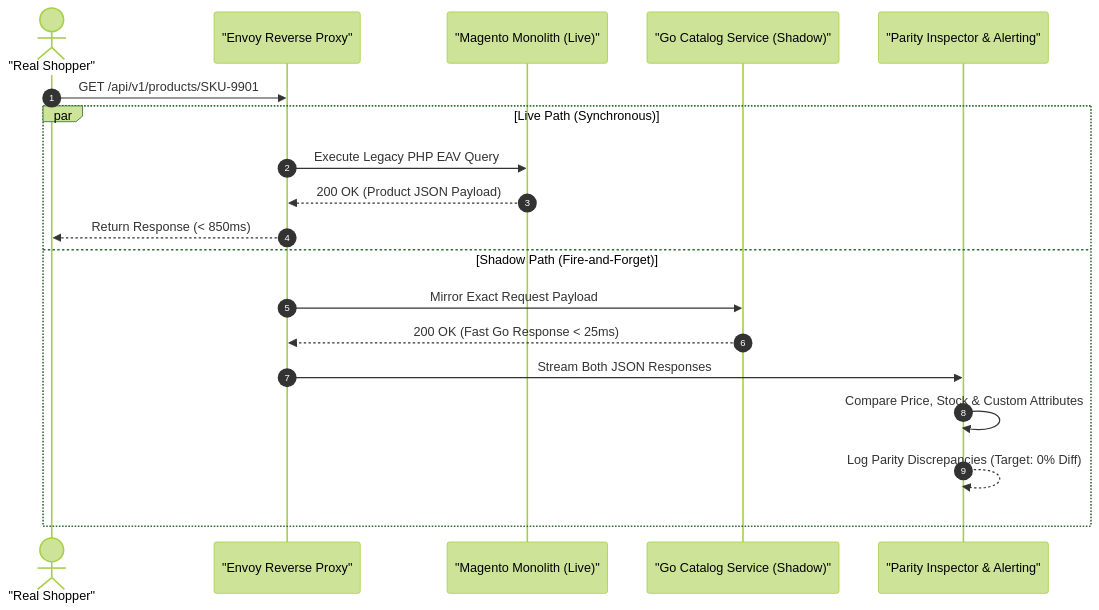
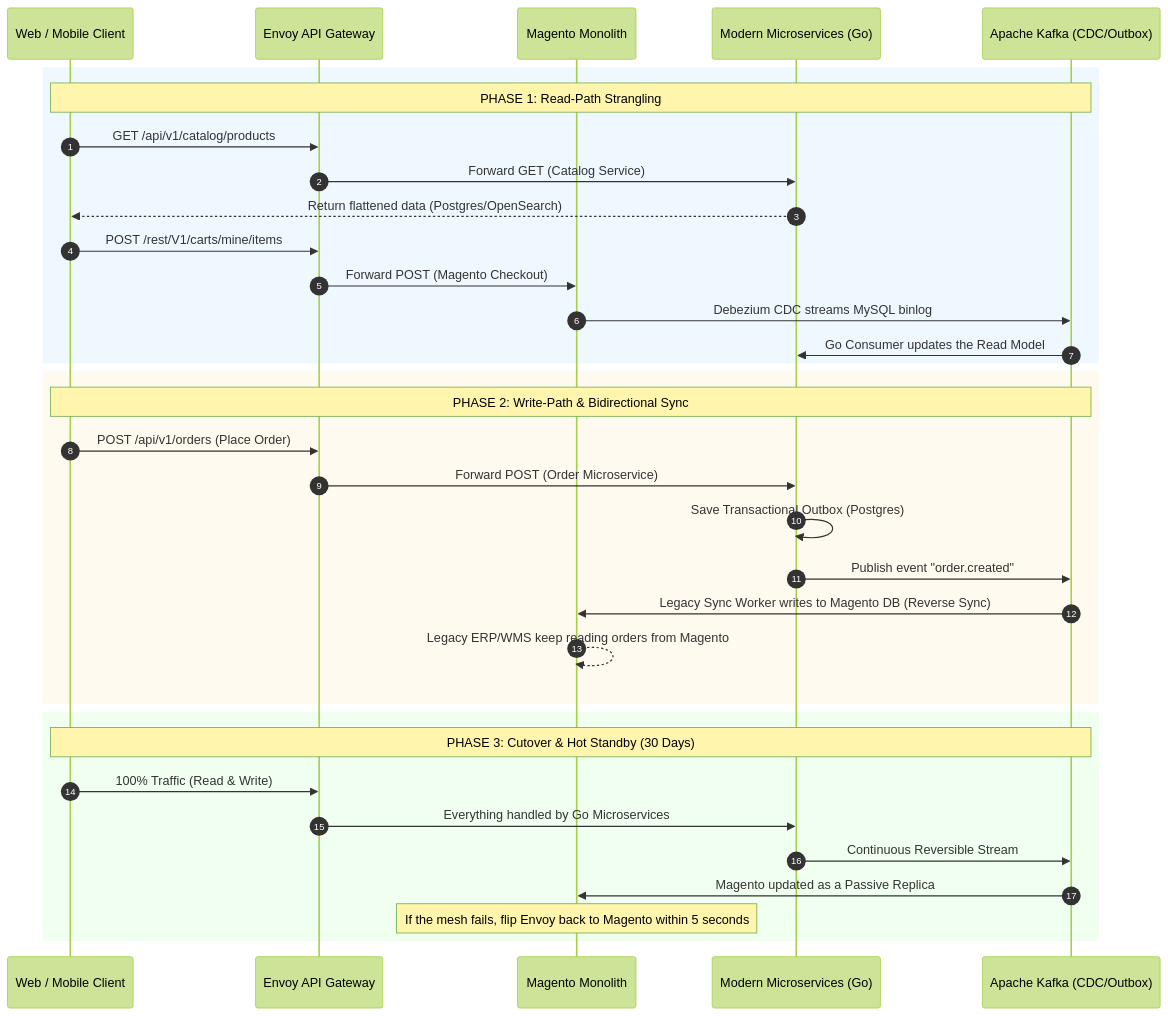
Before and after one commit to vesviet/vesviet: the second of 4 diagrams in content/series/magento-migration-vietnam/moving-from-magento-to-microservices.md, drawn with Mermaid (forest theme). The commit also changed other lines of this file and 32 other files, not shown here.

````diff
--- a/content/series/magento-migration-vietnam/moving-from-magento-to-microservices.md
+++ b/content/series/magento-migration-vietnam/moving-from-magento-to-microservices.md
@@ -75,22 +122,39 @@
 ```mermaid
 sequenceDiagram
     autonumber
-    actor Shopper as "Real Shopper"
-    participant Envoy as "Envoy Reverse Proxy"
-    participant Magento as "Magento Monolith (Live)"
-    participant GoSvc as "Go Catalog Service (Shadow)"
-    participant Diff as "Parity Inspector & Alerting"
+    participant Client as Web / Mobile Client
+    participant Envoy as Envoy API Gateway
+    participant Legacy as Magento Monolith
+    participant Mesh as Modern Microservices (Go)
+    participant Kafka as Apache Kafka (CDC/Outbox)
 
-    Shopper->>Envoy: GET /api/v1/products/SKU-9901
-    par Live Path (Synchronous)
-        Envoy->>Magento: Execute Legacy PHP EAV Query
-        Magento-->>Envoy: 200 OK (Product JSON Payload)
-        Envoy-->>Shopper: Return Response (< 850ms)
-    and Shadow Path (Fire-and-Forget)
-        Envoy->>GoSvc: Mirror Exact Request Payload
-        GoSvc-->>Envoy: 200 OK (Fast Go Response < 25ms)
-        Envoy->>Diff: Stream Both JSON Responses
-        Diff->>Diff: Compare Price, Stock & Custom Attributes
-        Diff-->>Diff: Log Parity Discrepancies (Target: 0% Diff)
+    rect rgb(240, 248, 255)
+    Note over Client,Kafka: PHASE 1: Read-Path Strangling
+    Client->>Envoy: GET /api/v1/catalog/products
+    Envoy->>Mesh: Forward GET (Catalog Service)
+    Mesh-->>Client: Return flattened data (Postgres/OpenSearch)
+    Client->>Envoy: POST /rest/V1/carts/mine/items
+    Envoy->>Legacy: Forward POST (Magento Checkout)
+    Legacy->>Kafka: Debezium CDC streams MySQL binlog
+    Kafka->>Mesh: Go Consumer updates the Read Model
+    end
+
+    rect rgb(255, 250, 240)
+    Note over Client,Kafka: PHASE 2: Write-Path & Bidirectional Sync
+    Client->>Envoy: POST /api/v1/orders (Place Order)
+    Envoy->>Mesh: Forward POST (Order Microservice)
+    Mesh->>Mesh: Save Transactional Outbox (Postgres)
+    Mesh->>Kafka: Publish event "order.created"
+    Kafka->>Legacy: Legacy Sync Worker writes to Magento DB (Reverse Sync)
+    Legacy-->>Legacy: Legacy ERP/WMS keep reading orders from Magento
+    end
+
+    rect rgb(240, 255, 240)
+    Note over Client,Kafka: PHASE 3: Cutover & Hot Standby (30 Days)
+    Client->>Envoy: 100% Traffic (Read & Write)
+    Envoy->>Mesh: Everything handled by Go Microservices
+    Mesh->>Kafka: Continuous Reversible Stream
+    Kafka->>Legacy: Magento updated as a Passive Replica
+    Note over Legacy: If the mesh fails, flip Envoy back to Magento within 5 seconds
     end
 ```
````
